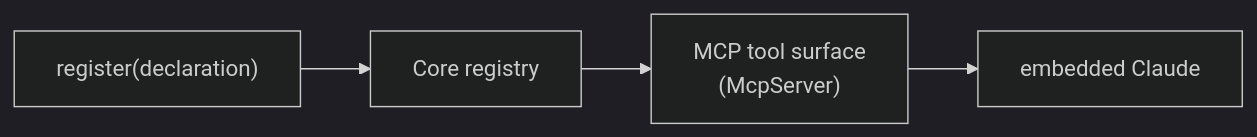
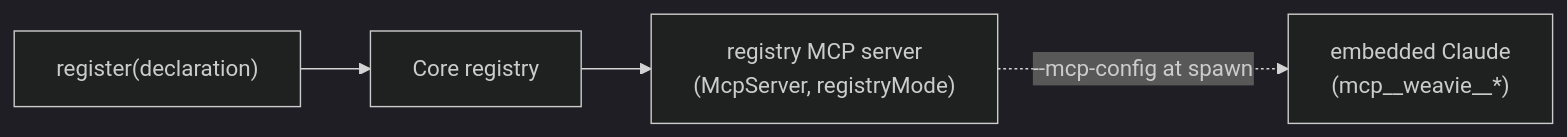
Before and after one commit to Kapps/weavie: the diagram in docs/concepts/mcp-registry.md, drawn with Mermaid (dark theme). The commit also changed other lines of this file and 6 other files, not shown here.

````diff
--- a/docs/concepts/mcp-registry.md
+++ b/docs/concepts/mcp-registry.md
@@ -22,6 +38,6 @@
 ```mermaid
 flowchart LR
     D["register(declaration)"] --> R[Core registry]
-    R --> M["MCP tool surface<br/>(McpServer)"]
-    M --> C[embedded Claude]
+    R --> M["registry MCP server<br/>(McpServer, registryMode)"]
+    M -. "--mcp-config at spawn" .-> C["embedded Claude<br/>(mcp__weavie__*)"]
 ```
````
